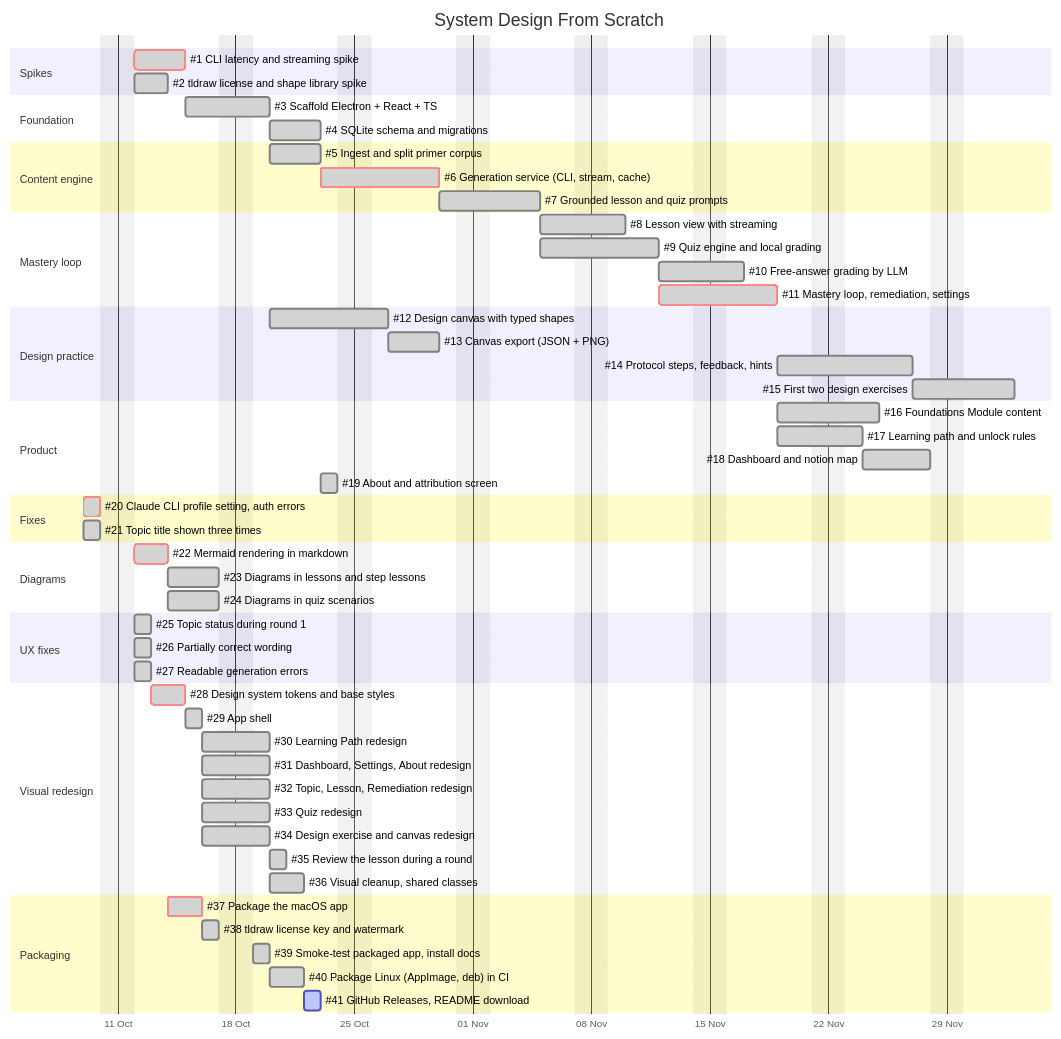
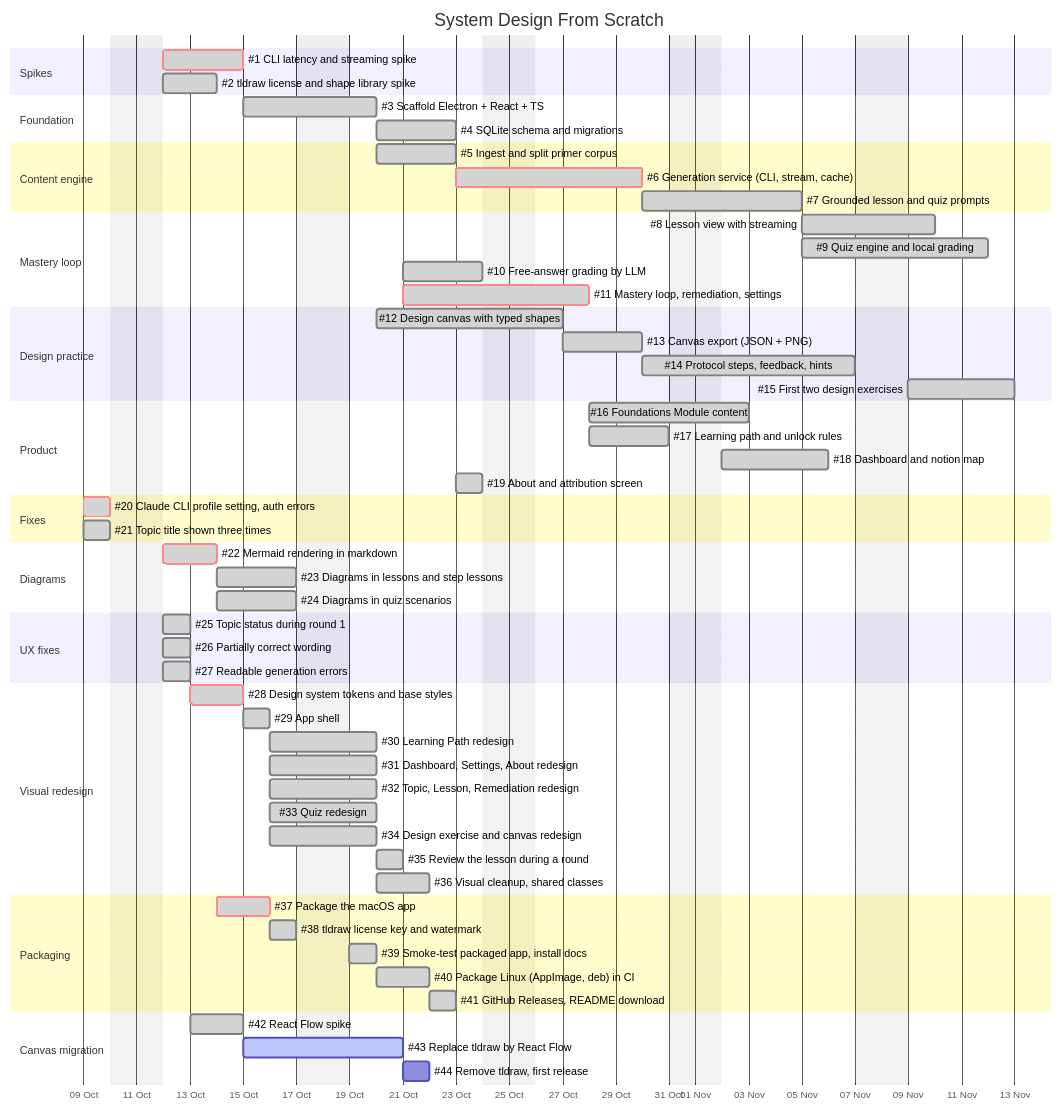
The diagram in docs/ROADMAP.md (jbclaramonte/system-design-from-scratch), drawn with Mermaid before and after one commit. The commit also changed other lines of this file and 29 other files, not shown here.

First line of the commit message:
feat: React Flow spike for the Design Canvas (go)

````diff
--- a/docs/ROADMAP.md
+++ b/docs/ROADMAP.md
@@ -13,70 +13,75 @@
 ```mermaid
 gantt
     title System Design From Scratch
     dateFormat YYYY-MM-DD
     excludes weekends
     axisFormat %d %b
 
     section Spikes
     #1 CLI latency and streaming spike        :done, crit, s1, 2026-10-12, 3d
     #2 tldraw license and shape library spike :done, s2, 2026-10-12, 2d
 
     section Foundation
     #3 Scaffold Electron + React + TS         :done, f1, after s1, 3d
     #4 SQLite schema and migrations           :done, f2, after f1, 3d
 
     section Content engine
     #5 Ingest and split primer corpus         :done, c1, after f1, 3d
     #6 Generation service (CLI, stream, cache):done, crit, c2, after f2, 5d
     #7 Grounded lesson and quiz prompts       :done, c3, after c1 c2, 4d
 
     section Mastery loop
     #8 Lesson view with streaming             :done, m1, after c3, 3d
     #9 Quiz engine and local grading          :done, m2, after c3, 5d
     #10 Free-answer grading by LLM            :done, m3, after m2, 3d
     #11 Mastery loop, remediation, settings   :done, crit, m4, after m1 m2, 5d
 
     section Design practice
     #12 Design canvas with typed shapes       :done, d1, after s2 f1, 5d
     #13 Canvas export (JSON + PNG)            :done, d2, after d1, 3d
     #14 Protocol steps, feedback, hints       :done, d3, after d2 m4, 6d
     #15 First two design exercises            :done, d4, after d3, 4d
 
     section Product
     #16 Foundations Module content            :done, p1, after m4, 4d
     #17 Learning path and unlock rules        :done, p2, after m4, 3d
     #18 Dashboard and notion map              :done, p3, after p2, 4d
     #19 About and attribution screen          :done, p4, after c1, 1d
 
     section Fixes
     #20 Claude CLI profile setting, auth errors :done, crit, x1, 2026-10-09, 1d
     #21 Topic title shown three times         :done, x2, 2026-10-09, 1d
 
     section Diagrams
     #22 Mermaid rendering in markdown         :done, crit, g1, 2026-10-12, 2d
     #23 Diagrams in lessons and step lessons  :done, g2, after g1, 3d
     #24 Diagrams in quiz scenarios            :done, g3, after g1, 3d
 
     section UX fixes
     #25 Topic status during round 1           :done, u1, 2026-10-12, 1d
     #26 Partially correct wording             :done, u2, 2026-10-12, 1d
     #27 Readable generation errors            :done, u3, 2026-10-12, 1d
 
     section Visual redesign
     #28 Design system tokens and base styles  :done, crit, v1, 2026-10-13, 2d
     #29 App shell                             :done, v2, after v1, 1d
     #30 Learning Path redesign                :done, v3, after v2, 2d
     #31 Dashboard, Settings, About redesign   :done, v4, after v2, 2d
     #32 Topic, Lesson, Remediation redesign   :done, v5, after v2, 2d
     #33 Quiz redesign                         :done, v6, after v2, 2d
     #34 Design exercise and canvas redesign   :done, v7, after v2, 2d
     #35 Review the lesson during a round      :done, v8, after v5, 1d
     #36 Visual cleanup, shared classes        :done, v9, after v7, 2d
 
     section Packaging
     #37 Package the macOS app                 :done, crit, k1, 2026-10-14, 2d
     #38 tldraw license key and watermark      :done, k2, after k1, 1d
     #39 Smoke-test packaged app, install docs :done, k3, after k2, 1d
     #40 Package Linux (AppImage, deb) in CI   :done, k4, after k3, 2d
-    #41 GitHub Releases, README download      :active, k5, after k4, 1d
+    #41 GitHub Releases, README download      :done, k5, after k4, 1d
+
+    section Canvas migration
+    #42 React Flow spike                      :done, m1, 2026-10-13, 2d
+    #43 Replace tldraw by React Flow          :active, m2, after m1, 4d
+    #44 Remove tldraw, first release          :m3, after m2, 1d
 ```
````
